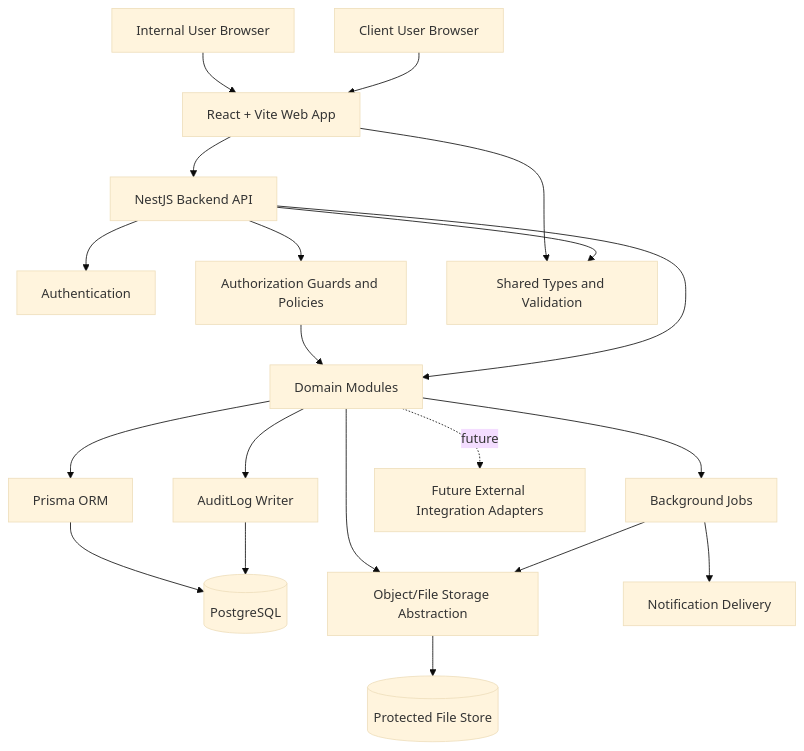
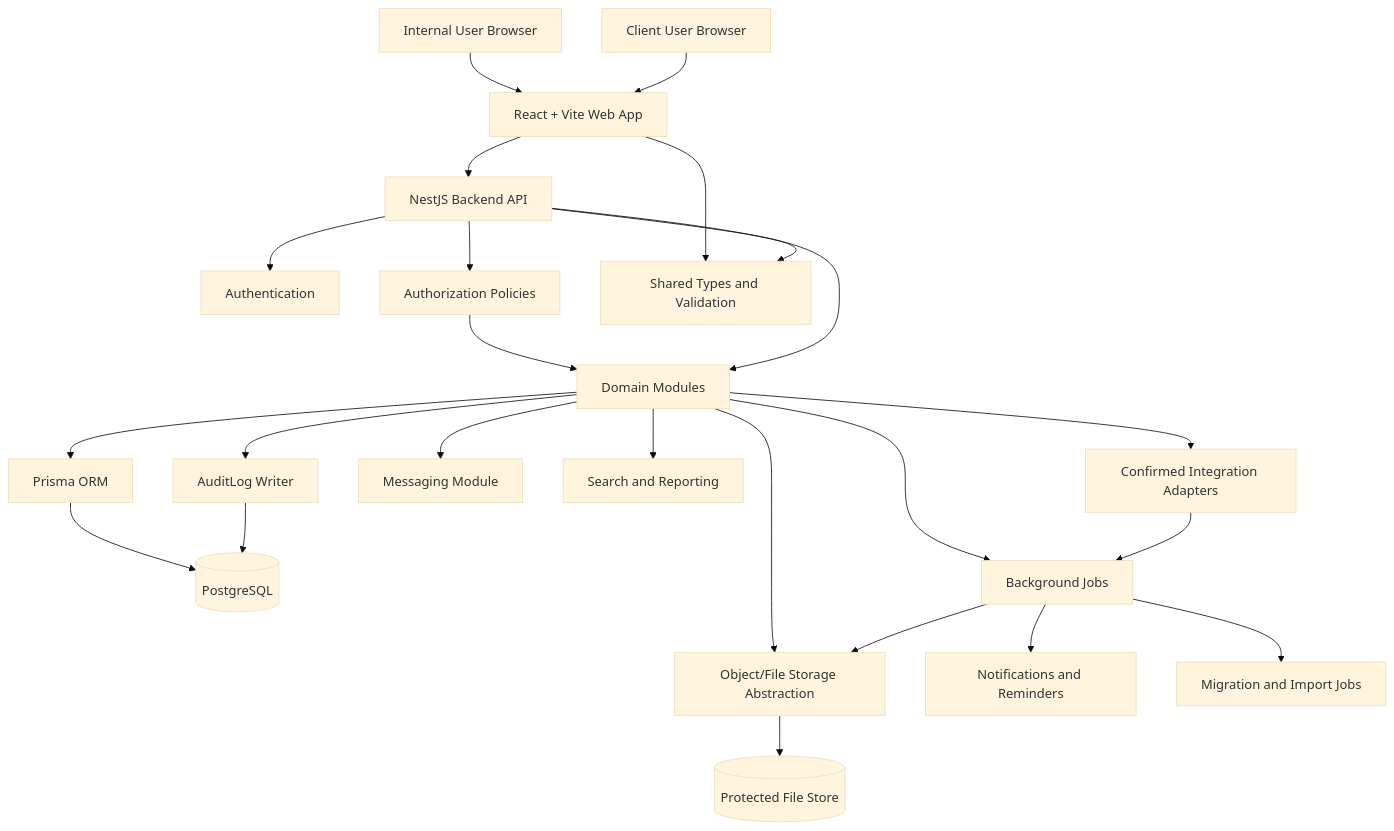
Before and after one commit to cyberdr1ft3r/hire-me-platform: the diagram in docs/architecture.md, drawn with Mermaid (base theme). The commit also changed other lines of this file and 4 other files, not shown here.

Commit message:
docs: address product architecture review

````diff
--- a/docs/architecture.md
+++ b/docs/architecture.md
@@ -109,39 +157,46 @@
 ```mermaid
 flowchart TB
-    UserBrowser["Internal User Browser"]
+    InternalBrowser["Internal User Browser"]
     ClientBrowser["Client User Browser"]
     Web["React + Vite Web App"]
     API["NestJS Backend API"]
     Auth["Authentication"]
-    Authorization["Authorization Guards and Policies"]
+    Authorization["Authorization Policies"]
     Domain["Domain Modules"]
     Shared["Shared Types and Validation"]
     Prisma["Prisma ORM"]
     Database[("PostgreSQL")]
     Jobs["Background Jobs"]
     Storage["Object/File Storage Abstraction"]
     Files[("Protected File Store")]
     Audit["AuditLog Writer"]
-    Notifications["Notification Delivery"]
-    Integrations["Future External Integration Adapters"]
+    Notifications["Notifications and Reminders"]
+    Messaging["Messaging Module"]
+    Reporting["Search and Reporting"]
+    Imports["Migration and Import Jobs"]
+    IntegrationAdapters["Confirmed Integration Adapters"]
 
-    UserBrowser --> Web
+    InternalBrowser --> Web
     ClientBrowser --> Web
     Web --> API
     Web --> Shared
     API --> Shared
     API --> Auth
     API --> Authorization
     Authorization --> Domain
     API --> Domain
     Domain --> Prisma
     Prisma --> Database
     Domain --> Storage
     Storage --> Files
     Domain --> Audit
     Audit --> Database
     Domain --> Jobs
     Jobs --> Notifications
     Jobs --> Storage
-    Domain -. future .-> Integrations
+    Domain --> Messaging
+    Domain --> Reporting
+    Jobs --> Imports
+    Domain --> IntegrationAdapters
+    IntegrationAdapters --> Jobs
 ```
````
